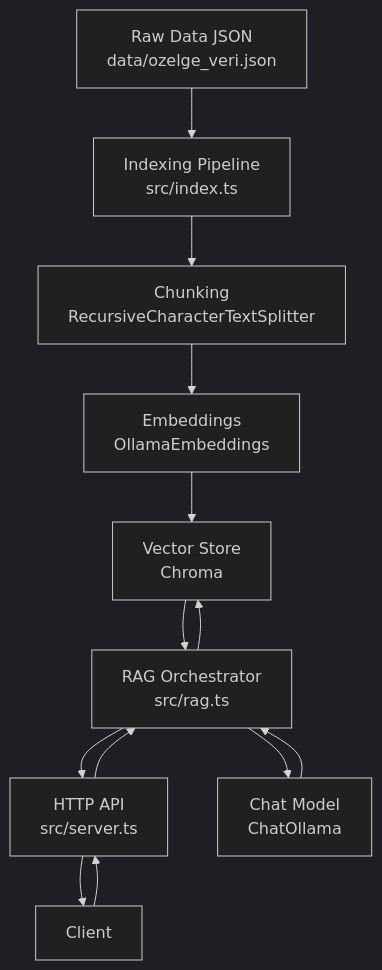
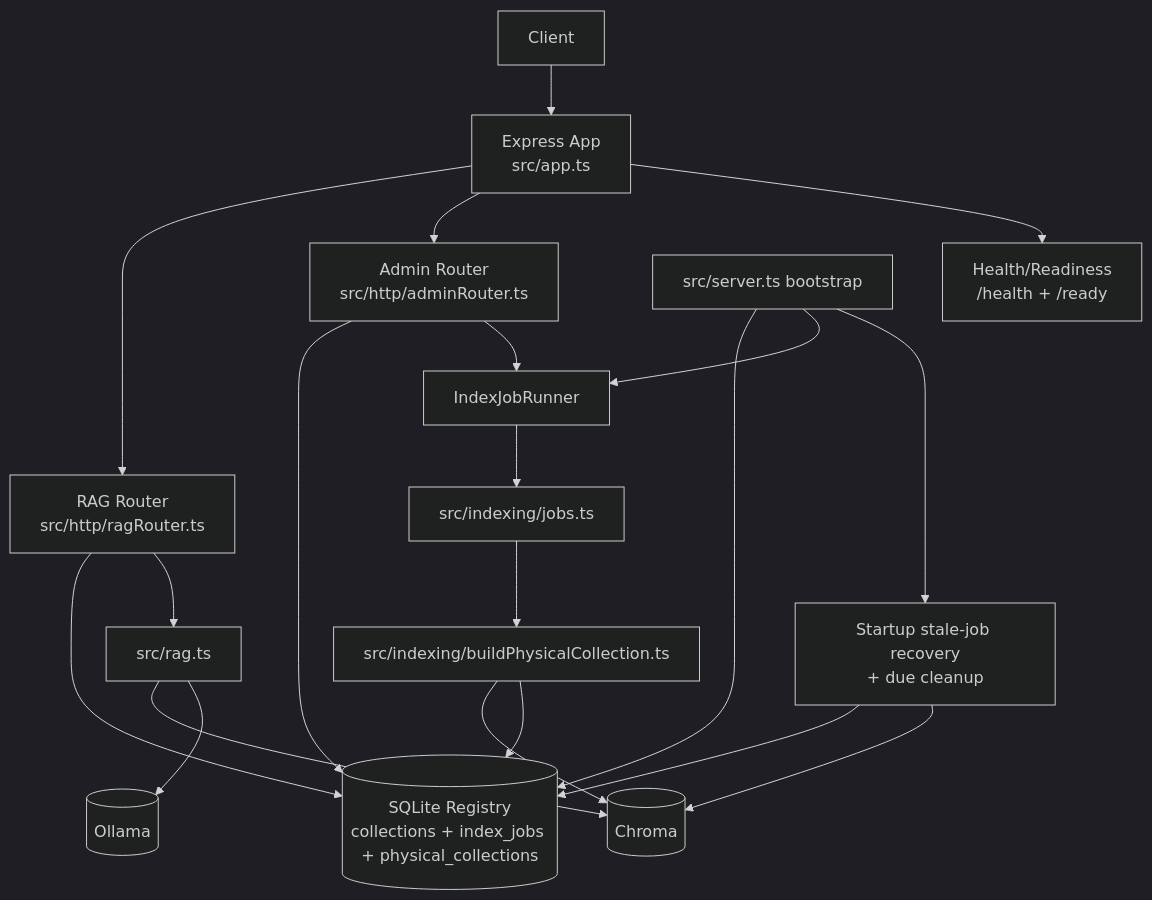
The diagram in vanilla_rag_backend_mimarisi.md (kmkarakaya/radar-rag), drawn with Mermaid (dark theme) before and after one commit. The commit also changed other lines of this file and 25 other files, not shown here.

First line of the commit message:
Add comprehensive tests for API endpoints, physical collection building, and chroma collections

````diff
--- a/vanilla_rag_backend_mimarisi.md
+++ b/vanilla_rag_backend_mimarisi.md
@@ -52,16 +52,25 @@
 ```mermaid
 flowchart TD
-    A[Raw Data JSON\ndata/ozelge_veri.json] --> B[Indexing Pipeline\nsrc/index.ts]
-    B --> C[Chunking\nRecursiveCharacterTextSplitter]
-    C --> D[Embeddings\nOllamaEmbeddings]
-    D --> E[Vector Store\nChroma]
+    U[Client] --> APP[Express App\nsrc/app.ts]
+    APP --> RAGAPI[RAG Router\nsrc/http/ragRouter.ts]
+    APP --> ADMINAPI[Admin Router\nsrc/http/adminRouter.ts]
+    APP --> READY[Health/Readiness\n/health + /ready]
 
-    U[Client] --> F[HTTP API\nsrc/server.ts]
-    F --> G[RAG Orchestrator\nsrc/rag.ts]
-    G --> E
-    G --> H[Chat Model\nChatOllama]
-    E --> G
-    H --> G
-    G --> F
-    F --> U
+    RAGAPI --> REG[(SQLite Registry\ncollections + index_jobs + physical_collections)]
+    ADMINAPI --> REG
+    RAGAPI --> RAG[src/rag.ts]
+    RAG --> CHROMA[(Chroma)]
+    RAG --> OLLAMA[(Ollama)]
+
+    ADMINAPI --> RUNNER[IndexJobRunner]
+    RUNNER --> JOBS[src/indexing/jobs.ts]
+    JOBS --> BUILD[src/indexing/buildPhysicalCollection.ts]
+    BUILD --> CHROMA
+    BUILD --> REG
+
+    SRV[src/server.ts bootstrap] --> REG
+    SRV --> RUNNER
+    SRV --> CLEAN[Startup stale-job recovery\n+ due cleanup]
+    CLEAN --> REG
+    CLEAN --> CHROMA
 ```
````
